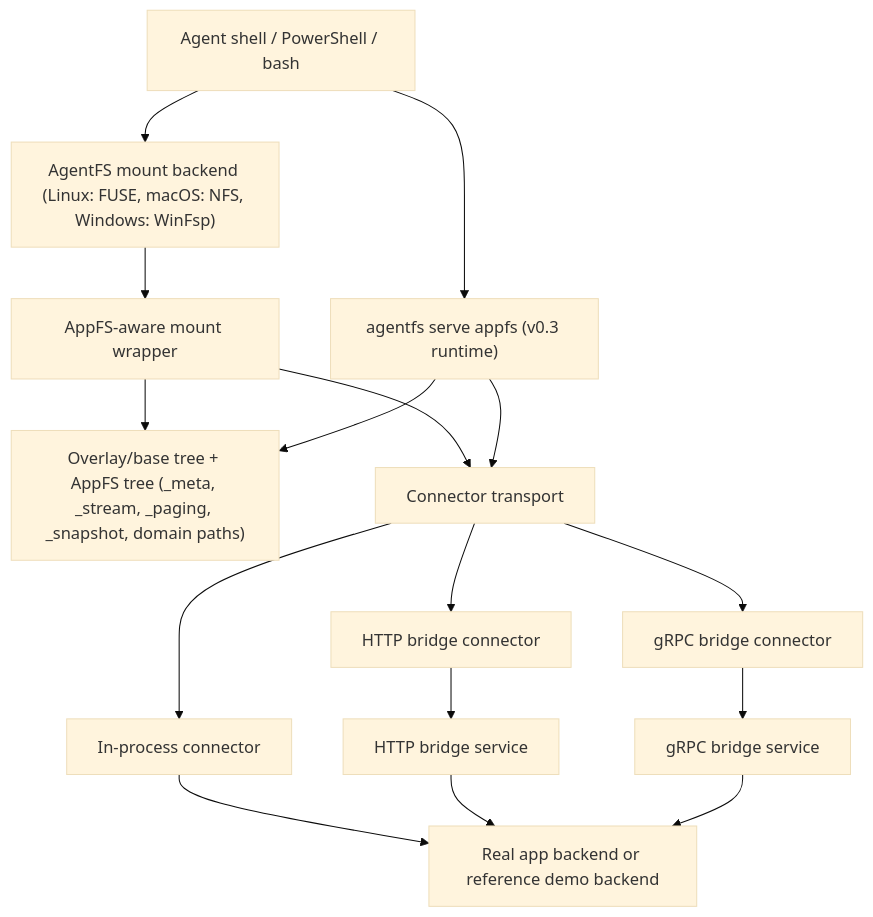
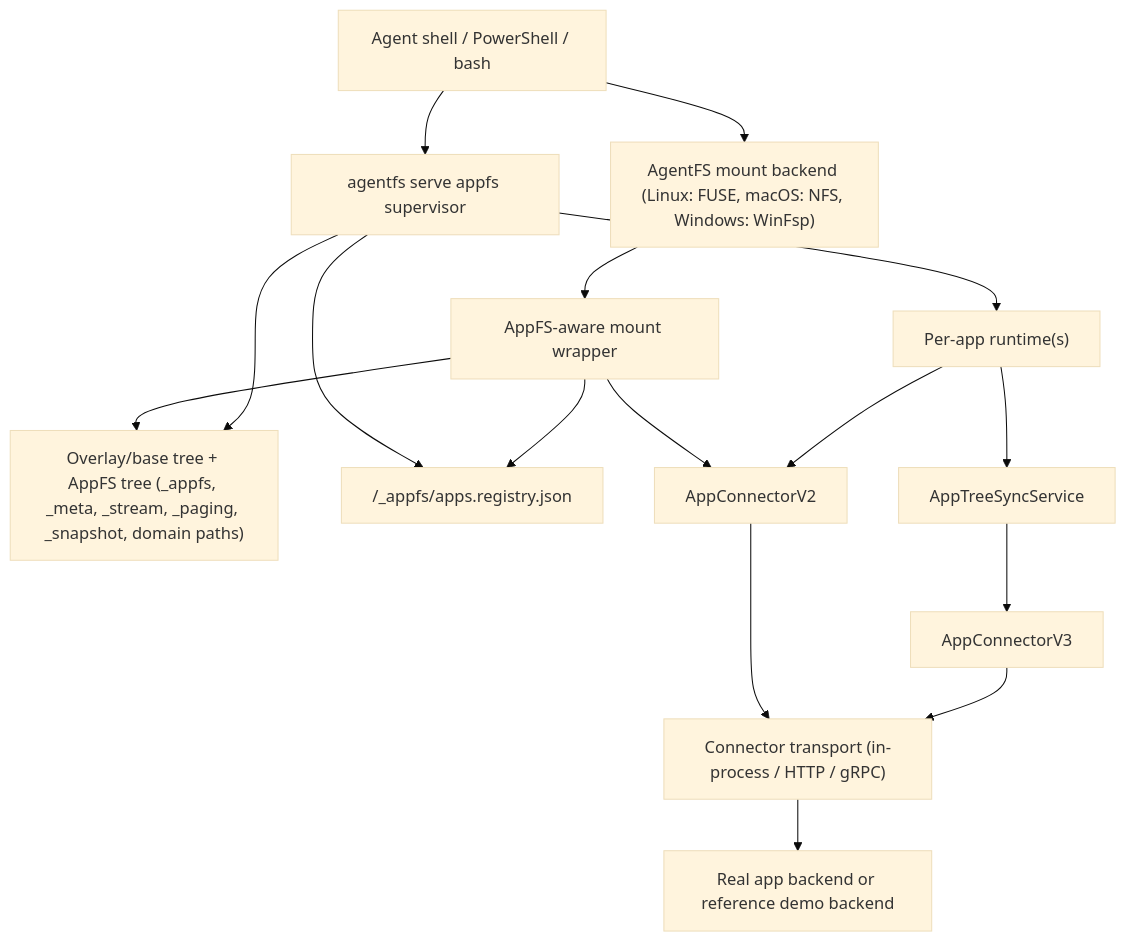
The diagram in README.md (esp3j0/appfs-platform), drawn with Mermaid (base theme) before and after one commit. The commit also changed other lines of this file and 43 other files, not shown here.

First line of the commit message:
appfs: add managed lifecycle, structure sync, and docs (#110)

````diff
--- a/README.md
+++ b/README.md
@@ -232,21 +318,21 @@
 ```mermaid
 flowchart TD
     A["Agent shell / PowerShell / bash"] --> B["AgentFS mount backend (Linux: FUSE, macOS: NFS, Windows: WinFsp)"]
     B --> C["AppFS-aware mount wrapper"]
-    C --> D["Overlay/base tree + AppFS tree (_meta, _stream, _paging, _snapshot, domain paths)"]
-    A --> E["agentfs serve appfs (v0.3 runtime)"]
+    C --> D["Overlay/base tree + AppFS tree (_appfs, _meta, _stream, _paging, _snapshot, domain paths)"]
+    A --> E["agentfs serve appfs supervisor"]
     E --> D
+    E --> F["/_appfs/apps.registry.json"]
+    C --> F
 
-    C --> F["Connector transport"]
-    E --> F
+    E --> G["Per-app runtime(s)"]
+    G --> H["AppTreeSyncService"]
 
-    F --> G["In-process connector"]
-    F --> H["HTTP bridge connector"]
-    F --> I["gRPC bridge connector"]
+    C --> I["AppConnectorV2"]
+    G --> I
+    H --> J["AppConnectorV3"]
 
-    H --> J["HTTP bridge service"]
-    I --> K["gRPC bridge service"]
-    G --> L["Real app backend or reference demo backend"]
-    J --> L
-    K --> L
+    I --> K["Connector transport (in-process / HTTP / gRPC)"]
+    J --> K
+    K --> L["Real app backend or reference demo backend"]
 ```
````
